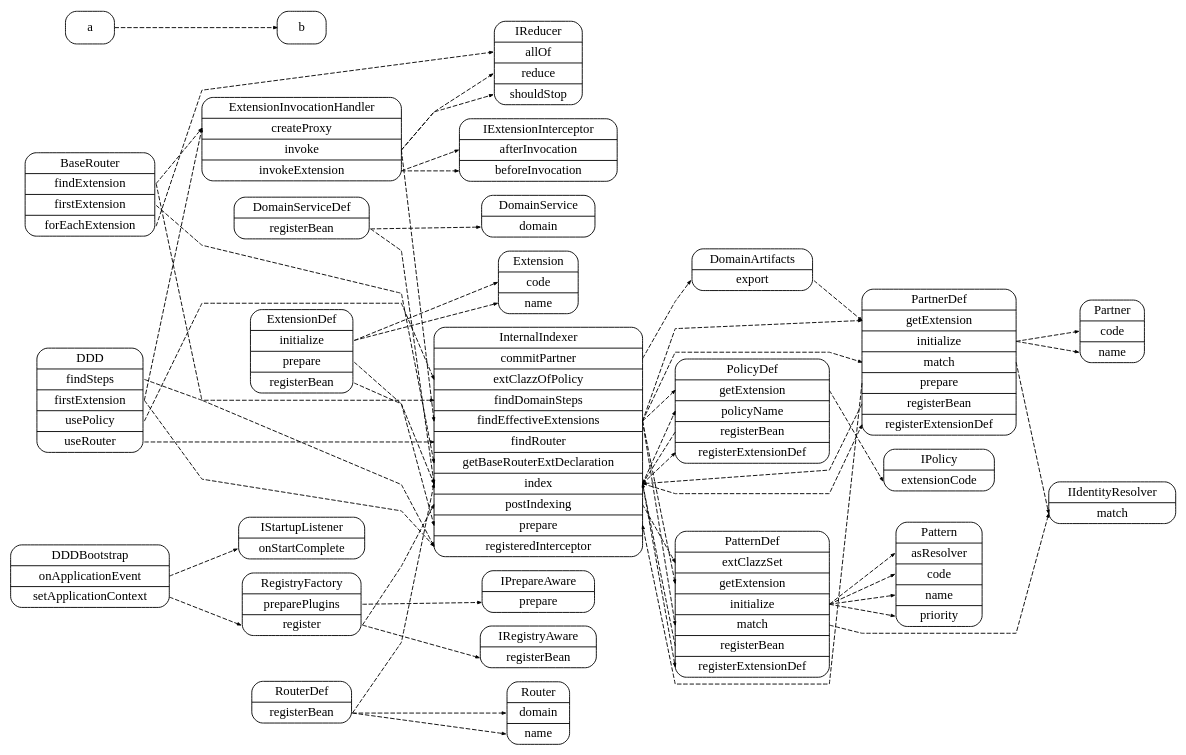
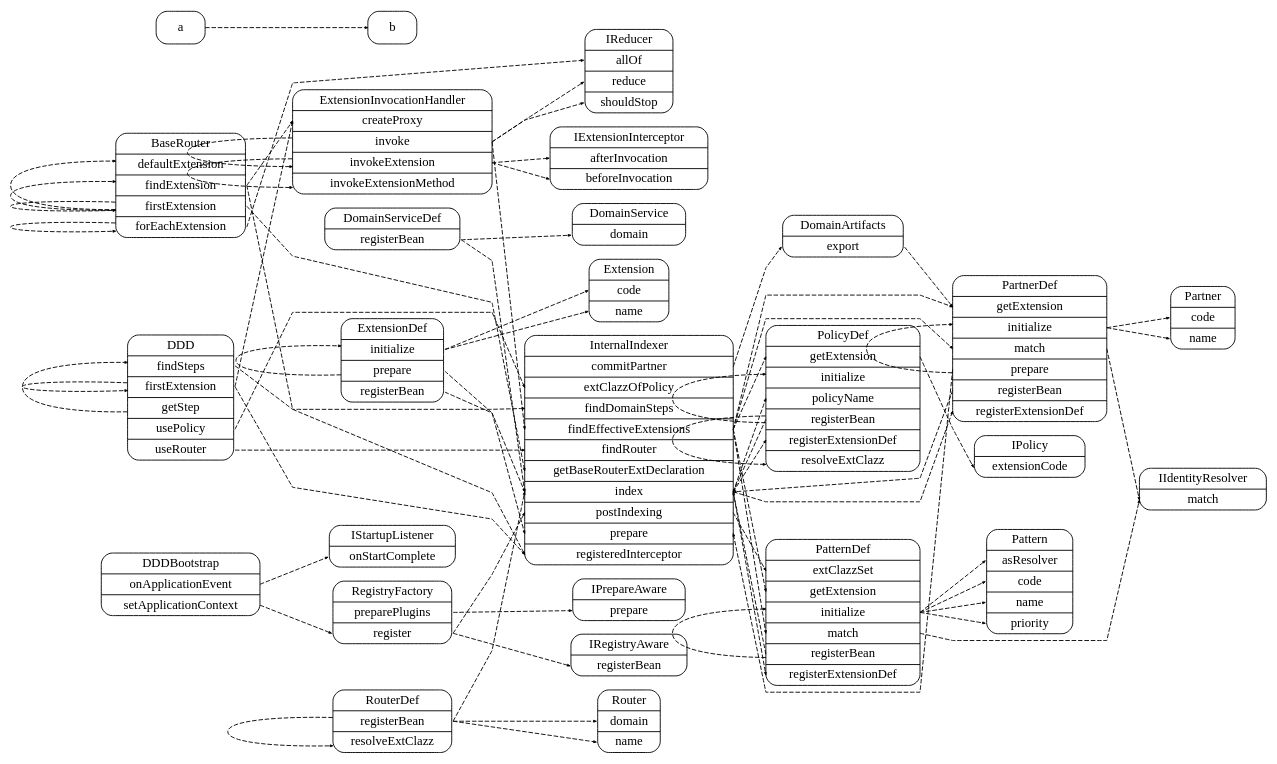
Before and after one commit to funkygao/cp-ddd-framework: the diagram in doc/dddplus-runtime.dot, drawn with Graphviz. The commit also changed 2 other files, not shown here.

```diff
--- a/doc/dddplus-runtime.dot
+++ b/doc/dddplus-runtime.dot
@@ -1,89 +1,102 @@
 digraph G {
-   labelloc = "t";
    rankdir=LR;
    splines = polyline;
    node [shape=Mrecord];
    nodesep=0.2;
-   edge [style = dashed, arrowsize=0.4, fontsize=6];
+   edge [style=dashed, arrowsize=0.3, fontsize=6];
 
    "DomainService" [label="<DomainService> DomainService|<domain> domain"];
    "Extension" [label="<Extension> Extension|<code> code|<name> name"];
    "Partner" [label="<Partner> Partner|<code> code|<name> name"];
    "Pattern" [label="<Pattern> Pattern|<asResolver> asResolver|<code> code|<name> name|<priority> priority"];
    "Router" [label="<Router> Router|<domain> domain|<name> name"];
    "IIdentityResolver" [label="<IIdentityResolver> IIdentityResolver|<match> match"];
    "IPolicy" [label="<IPolicy> IPolicy|<extensionCode> extensionCode"];
-   "BaseRouter" [label="<BaseRouter> BaseRouter|<findExtension> findExtension|<firstExtension> firstExtension|<forEachExtension> forEachExtension"];
-   "DDD" [label="<DDD> DDD|<findSteps> findSteps|<firstExtension> firstExtension|<usePolicy> usePolicy|<useRouter> useRouter"];
-   "ExtensionInvocationHandler" [label="<ExtensionInvocationHandler> ExtensionInvocationHandler|<createProxy> createProxy|<invoke> invoke|<invokeExtension> invokeExtension"];
+   "BaseRouter" [label="<BaseRouter> BaseRouter|<defaultExtension> defaultExtension|<findExtension> findExtension|<firstExtension> firstExtension|<forEachExtension> forEachExtension"];
+   "DDD" [label="<DDD> DDD|<findSteps> findSteps|<firstExtension> firstExtension|<getStep> getStep|<usePolicy> usePolicy|<useRouter> useRouter"];
+   "ExtensionInvocationHandler" [label="<ExtensionInvocationHandler> ExtensionInvocationHandler|<createProxy> createProxy|<invoke> invoke|<invokeExtension> invokeExtension|<invokeExtensionMethod> invokeExtensionMethod"];
    "IReducer" [label="<IReducer> IReducer|<allOf> allOf|<reduce> reduce|<shouldStop> shouldStop"];
    "IStartupListener" [label="<IStartupListener> IStartupListener|<onStartComplete> onStartComplete"];
    "IExtensionInterceptor" [label="<IExtensionInterceptor> IExtensionInterceptor|<afterInvocation> afterInvocation|<beforeInvocation> beforeInvocation"];
    "DDDBootstrap" [label="<DDDBootstrap> DDDBootstrap|<onApplicationEvent> onApplicationEvent|<setApplicationContext> setApplicationContext"];
    "DomainArtifacts" [label="<DomainArtifacts> DomainArtifacts|<export> export"];
    "DomainServiceDef" [label="<DomainServiceDef> DomainServiceDef|<registerBean> registerBean"];
    "ExtensionDef" [label="<ExtensionDef> ExtensionDef|<initialize> initialize|<prepare> prepare|<registerBean> registerBean"];
    "IPrepareAware" [label="<IPrepareAware> IPrepareAware|<prepare> prepare"];
    "IRegistryAware" [label="<IRegistryAware> IRegistryAware|<registerBean> registerBean"];
    "InternalIndexer" [label="<InternalIndexer> InternalIndexer|<commitPartner> commitPartner|<extClazzOfPolicy> extClazzOfPolicy|<findDomainSteps> findDomainSteps|<findEffectiveExtensions> findEffectiveExtensions|<findRouter> findRouter|<getBaseRouterExtDeclaration> getBaseRouterExtDeclaration|<index> index|<postIndexing> postIndexing|<prepare> prepare|<registeredInterceptor> registeredInterceptor"];
    "PartnerDef" [label="<PartnerDef> PartnerDef|<getExtension> getExtension|<initialize> initialize|<match> match|<prepare> prepare|<registerBean> registerBean|<registerExtensionDef> registerExtensionDef"];
    "PatternDef" [label="<PatternDef> PatternDef|<extClazzSet> extClazzSet|<getExtension> getExtension|<initialize> initialize|<match> match|<registerBean> registerBean|<registerExtensionDef> registerExtensionDef"];
-   "PolicyDef" [label="<PolicyDef> PolicyDef|<getExtension> getExtension|<policyName> policyName|<registerBean> registerBean|<registerExtensionDef> registerExtensionDef"];
+   "PolicyDef" [label="<PolicyDef> PolicyDef|<getExtension> getExtension|<initialize> initialize|<policyName> policyName|<registerBean> registerBean|<registerExtensionDef> registerExtensionDef|<resolveExtClazz> resolveExtClazz"];
    "RegistryFactory" [label="<RegistryFactory> RegistryFactory|<preparePlugins> preparePlugins|<register> register"];
-   "RouterDef" [label="<RouterDef> RouterDef|<registerBean> registerBean"];
+   "RouterDef" [label="<RouterDef> RouterDef|<registerBean> registerBean|<resolveExtClazz> resolveExtClazz"];
 
    BaseRouter:findExtension -> InternalIndexer:registeredInterceptor
    BaseRouter:findExtension -> ExtensionInvocationHandler:createProxy
+   BaseRouter:firstExtension -> BaseRouter:firstExtension
    BaseRouter:firstExtension -> InternalIndexer:getBaseRouterExtDeclaration
+   BaseRouter:firstExtension -> BaseRouter:defaultExtension
+   BaseRouter:firstExtension -> BaseRouter:findExtension
    BaseRouter:forEachExtension -> IReducer:allOf
+   BaseRouter:forEachExtension -> BaseRouter:forEachExtension
    DDD:findSteps -> InternalIndexer:findDomainSteps
+   DDD:firstExtension -> DDD:firstExtension
    DDD:firstExtension -> InternalIndexer:registeredInterceptor
    DDD:firstExtension -> ExtensionInvocationHandler:createProxy
+   DDD:getStep -> DDD:findSteps
    DDD:usePolicy -> InternalIndexer:extClazzOfPolicy
    DDD:useRouter -> InternalIndexer:findRouter
    ExtensionInvocationHandler:invoke -> InternalIndexer:findEffectiveExtensions
+   ExtensionInvocationHandler:invoke -> ExtensionInvocationHandler:invokeExtension
    ExtensionInvocationHandler:invoke -> IReducer:shouldStop
    ExtensionInvocationHandler:invoke -> IReducer:reduce
    ExtensionInvocationHandler:invokeExtension -> IExtensionInterceptor:beforeInvocation
+   ExtensionInvocationHandler:invokeExtension -> ExtensionInvocationHandler:invokeExtensionMethod
    ExtensionInvocationHandler:invokeExtension -> IExtensionInterceptor:afterInvocation
    DDDBootstrap:onApplicationEvent -> IStartupListener:onStartComplete
    DDDBootstrap:setApplicationContext -> RegistryFactory:register
    DomainArtifacts:export -> PartnerDef:getExtension
    DomainServiceDef:registerBean -> DomainService:domain
    DomainServiceDef:registerBean -> InternalIndexer:index
    ExtensionDef:initialize -> Extension:code
    ExtensionDef:initialize -> Extension:name
+   ExtensionDef:prepare -> ExtensionDef:initialize
    ExtensionDef:prepare -> InternalIndexer:prepare
    ExtensionDef:registerBean -> InternalIndexer:index
    InternalIndexer:commitPartner -> DomainArtifacts:export
    InternalIndexer:findEffectiveExtensions -> PolicyDef:getExtension
    InternalIndexer:findEffectiveExtensions -> PatternDef:match
    InternalIndexer:findEffectiveExtensions -> PatternDef:getExtension
    InternalIndexer:findEffectiveExtensions -> PartnerDef:getExtension
    InternalIndexer:findEffectiveExtensions -> PartnerDef:match
    InternalIndexer:index -> PolicyDef:registerExtensionDef
    InternalIndexer:index -> PatternDef:registerExtensionDef
    InternalIndexer:index -> PartnerDef:registerExtensionDef
    InternalIndexer:index -> PolicyDef:policyName
    InternalIndexer:postIndexing -> PatternDef:extClazzSet
    PartnerDef:initialize -> Partner:code
    PartnerDef:initialize -> Partner:name
    PartnerDef:match -> IIdentityResolver:match
+   PartnerDef:prepare -> PartnerDef:initialize
    PartnerDef:prepare -> InternalIndexer:prepare
    PartnerDef:registerBean -> InternalIndexer:index
    PatternDef:initialize -> Pattern:code
    PatternDef:initialize -> Pattern:name
    PatternDef:initialize -> Pattern:priority
    PatternDef:initialize -> Pattern:asResolver
    PatternDef:match -> IIdentityResolver:match
+   PatternDef:registerBean -> PatternDef:initialize
    PatternDef:registerBean -> InternalIndexer:index
    PolicyDef:getExtension -> IPolicy:extensionCode
+   PolicyDef:registerBean -> PolicyDef:initialize
+   PolicyDef:registerBean -> PolicyDef:resolveExtClazz
    PolicyDef:registerBean -> InternalIndexer:index
    RegistryFactory:preparePlugins -> IPrepareAware:prepare
    RegistryFactory:register -> IRegistryAware:registerBean
    RegistryFactory:register -> InternalIndexer:postIndexing
    RouterDef:registerBean -> Router:domain
    RouterDef:registerBean -> Router:name
+   RouterDef:registerBean -> RouterDef:resolveExtClazz
    RouterDef:registerBean -> InternalIndexer:index
    a -> b
 }
```
